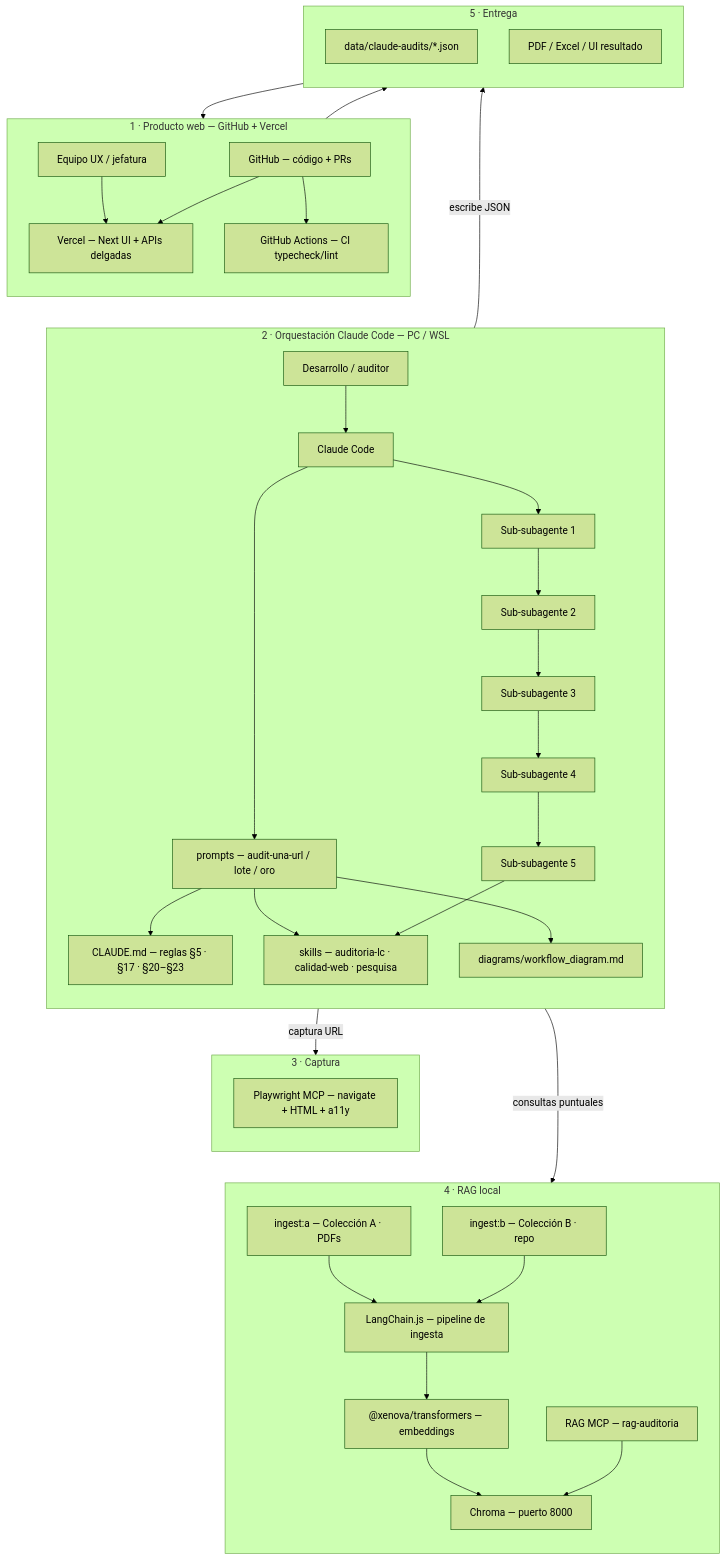
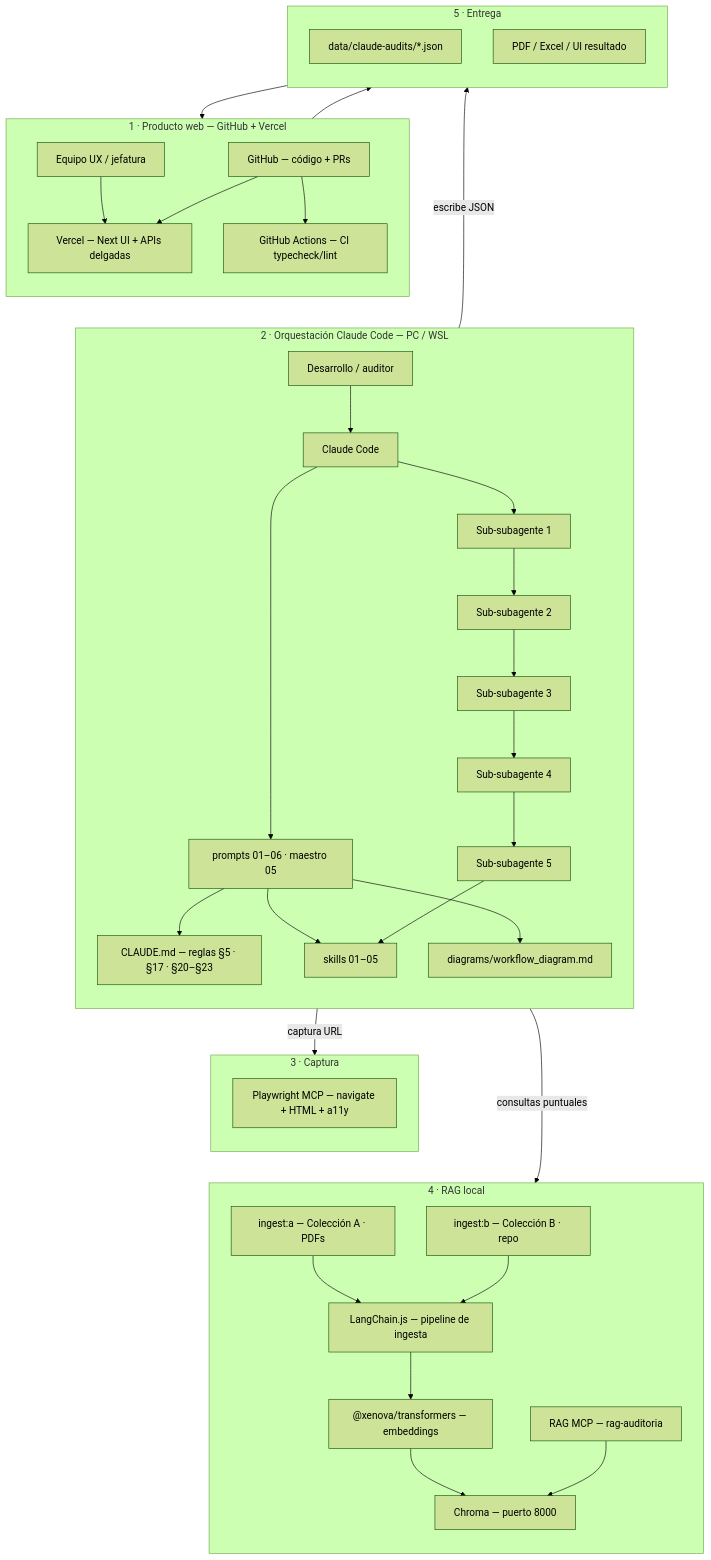
The first of 2 diagrams in docs/despliegue/despliegue-hibrido.md (Fernandodesign96/lc-inapi.app), drawn with Mermaid (forest theme) before and after one commit. The commit also changed other lines of this file and 40 other files, not shown here.

````diff
--- a/docs/despliegue/despliegue-hibrido.md
+++ b/docs/despliegue/despliegue-hibrido.md
@@ -129,76 +129,76 @@
 ```mermaid
 flowchart TB
   subgraph producto["1 · Producto web — GitHub + Vercel"]
     direction TB
     UX[Equipo UX / jefatura]
     GH[GitHub — código + PRs]
     GHA[GitHub Actions — CI typecheck/lint]
     V[Vercel — Next UI + APIs delgadas]
     UX --> V
     GH --> GHA
     GH --> V
   end
 
   producto ~~~ orquestacion
 
   subgraph orquestacion["2 · Orquestación Claude Code — PC / WSL"]
     direction TB
     USER[Desarrollo / auditor]
     CC[Claude Code]
-    PR1[prompts — audit-una-url / lote / oro]
+    PR1[prompts 01–06 · maestro 05]
     CM[CLAUDE.md — reglas §5 · §17 · §20–§23]
-    SK[skills — auditoria-lc · calidad-web · pesquisa]
+    SK[skills 01–05]
     DG[diagrams/workflow_diagram.md]
     USER --> CC
     CC --> PR1
     PR1 --> CM
     PR1 --> SK
     PR1 --> DG
     CC --> SA1[Sub-subagente 1]
     SA1 --> SA2[Sub-subagente 2]
     SA2 --> SA3[Sub-subagente 3]
     SA3 --> SA4[Sub-subagente 4]
     SA4 --> SA5[Sub-subagente 5]
     SA5 --> SK
   end
 
   orquestacion ~~~ captura
 
   subgraph captura["3 · Captura"]
     direction TB
     PW[Playwright MCP — navigate + HTML + a11y]
   end
 
   CC -->|captura URL| PW
 
   captura ~~~ rag
 
   subgraph rag["4 · RAG local"]
     direction TB
     INA[ingest:a — Colección A · PDFs]
     INB[ingest:b — Colección B · repo]
     LCJS[LangChain.js — pipeline de ingesta]
     XE["@xenova/transformers — embeddings"]
     CH[Chroma — puerto 8000]
     RM[RAG MCP — rag-auditoria]
     INA --> LCJS
     INB --> LCJS
     LCJS --> XE
     XE --> CH
     RM --> CH
   end
 
   CC -->|consultas puntuales| RM
 
   rag ~~~ salida
 
   subgraph salida["5 · Entrega"]
     direction TB
     JSON[data/claude-audits/*.json]
     PDF[PDF / Excel / UI resultado]
     JSON --> V
     V --> PDF
   end
 
   CC -->|escribe JSON| JSON
 ```
````
